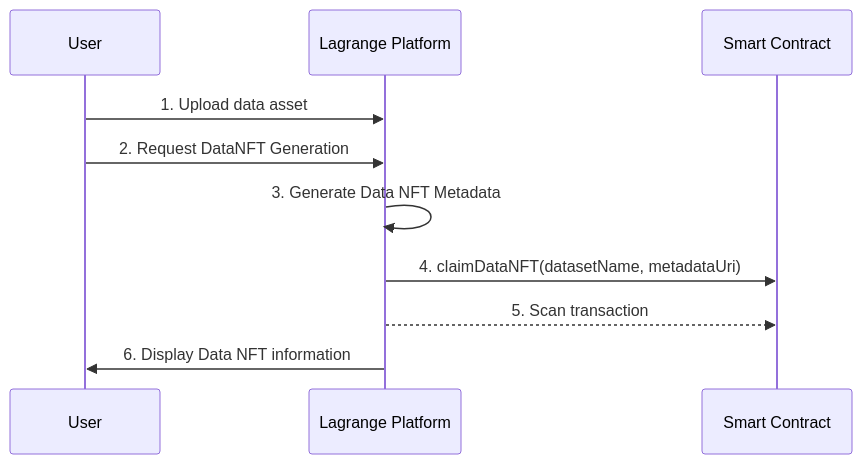
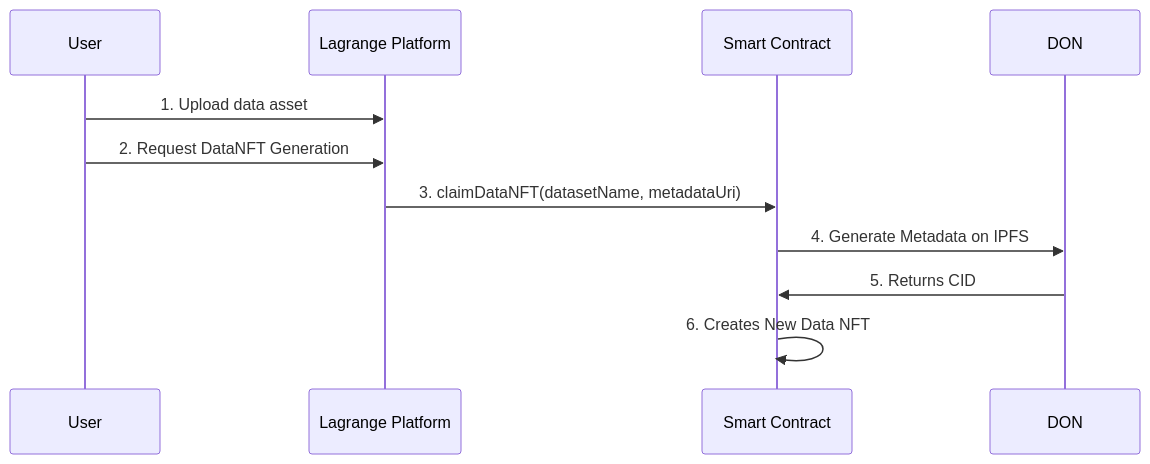
One commit to lagrangedao/datanft changed the diagram in README.md. Above: the diagram before and after it, drawn with Mermaid. The commit also changed other lines of this file, not shown here.

````diff
--- a/README.md
+++ b/README.md
@@ -17,12 +17,13 @@
 ```mermaid
 sequenceDiagram;
   participant User
   participant Lagrange Platform
   participant Smart Contract
+  participant DON
     User->>Lagrange Platform: 1. Upload data asset;
     User->>Lagrange Platform: 2. Request DataNFT Generation
-    Lagrange Platform->>Lagrange Platform: 3. Generate Data NFT Metadata
-    Lagrange Platform->>Smart Contract: 4. claimDataNFT(datasetName, metadataUri)
-    Lagrange Platform-->>Smart Contract: 5. Scan transaction
-    Lagrange Platform->>User: 6. Display Data NFT information
+    Lagrange Platform->>Smart Contract: 3. claimDataNFT(datasetName, metadataUri)
+    Smart Contract->>DON: 4. Generate Metadata on IPFS
+    DON->>Smart Contract: 5. Returns CID
+    Smart Contract->>Smart Contract: 6. Creates New Data NFT
 ```
````
